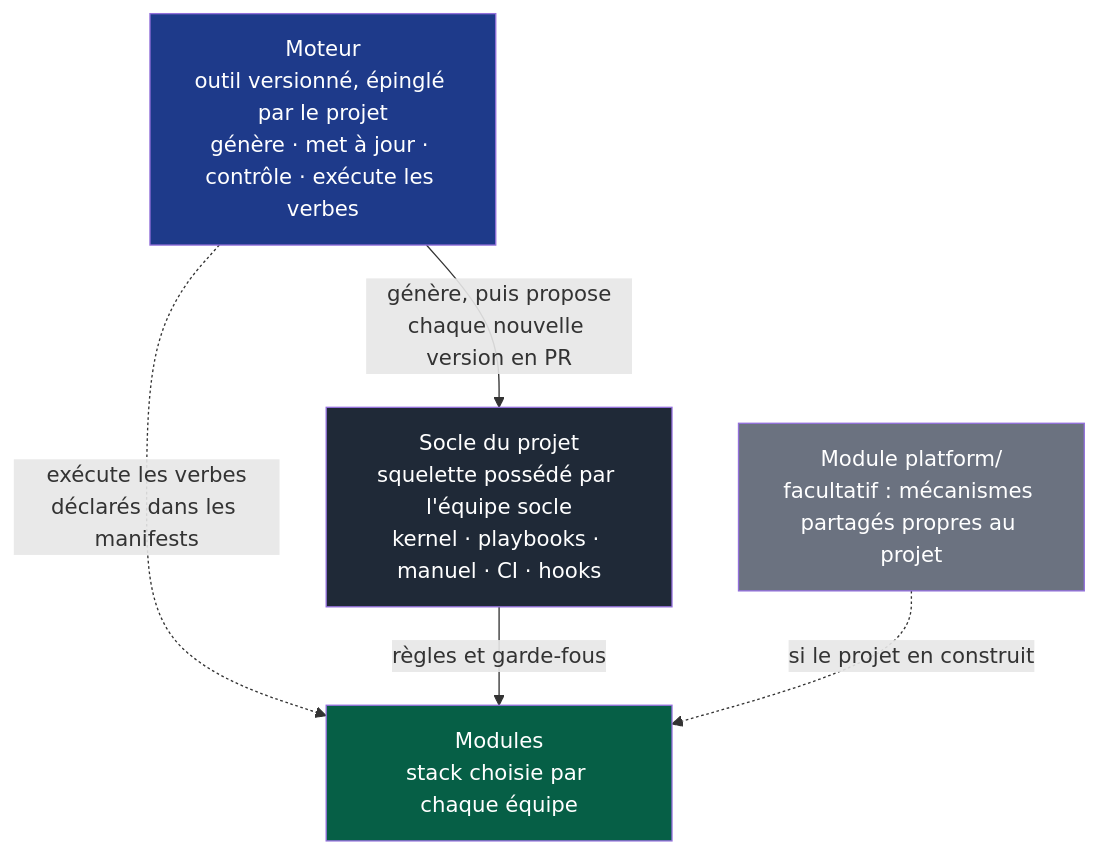
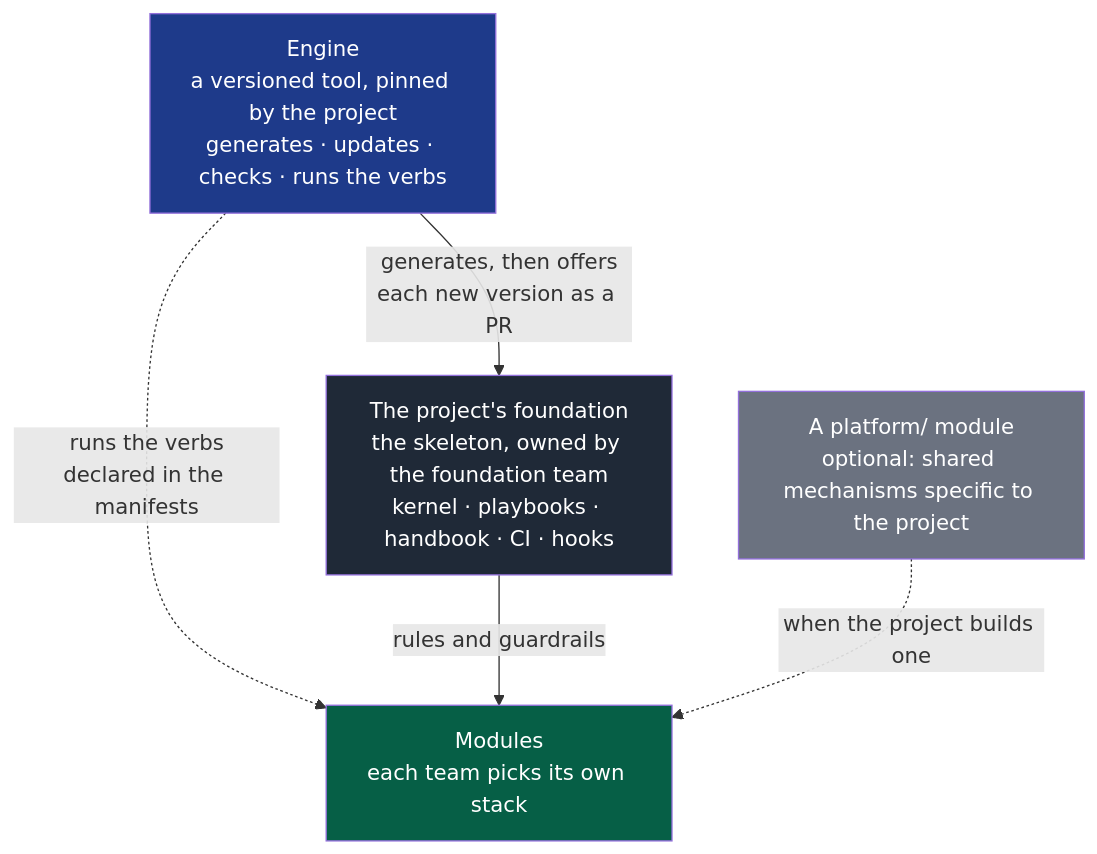
The first of 2 diagrams in skeleton/docs/os/09-platform.md (NapkinStack/engineering-os), drawn with Mermaid before and after one commit. The commit also changed other lines of this file, not shown here.

First line of the commit message:
M7b — Translate the platform chapter

````diff
--- a/skeleton/docs/os/09-platform.md
+++ b/skeleton/docs/os/09-platform.md
@@ -17,17 +17,17 @@
 ```mermaid
 flowchart TB
-    M["Moteur<br/>outil versionné, épinglé par le projet<br/>génère · met à jour · contrôle · exécute les verbes"]:::moteur
-    S["Socle du projet<br/>squelette possédé par l'équipe socle<br/>kernel · playbooks · manuel · CI · hooks"]:::socle
-    P["Module platform/<br/>facultatif : mécanismes partagés propres au projet"]:::option
-    MOD["Modules<br/>stack choisie par chaque équipe"]:::module
+    M["Engine<br/>a versioned tool, pinned by the project<br/>generates · updates · checks · runs the verbs"]:::engine
+    S["The project's foundation<br/>the skeleton, owned by the foundation team<br/>kernel · playbooks · handbook · CI · hooks"]:::foundation
+    P["A platform/ module<br/>optional: shared mechanisms specific to the project"]:::optional
+    MOD["Modules<br/>each team picks its own stack"]:::module
 
-    M -->|"génère, puis propose<br/>chaque nouvelle version en PR"| S
-    M -.->|"exécute les verbes<br/>déclarés dans les manifests"| MOD
-    S -->|"règles et garde-fous"| MOD
-    P -.->|"si le projet en construit"| MOD
+    M -->|"generates, then offers<br/>each new version as a PR"| S
+    M -.->|"runs the verbs<br/>declared in the manifests"| MOD
+    S -->|"rules and guardrails"| MOD
+    P -.->|"when the project builds one"| MOD
 
-    classDef moteur fill:#1e3a8a,color:#fff
-    classDef socle fill:#1f2937,color:#fff
-    classDef option fill:#6b7280,color:#fff
+    classDef engine fill:#1e3a8a,color:#fff
+    classDef foundation fill:#1f2937,color:#fff
+    classDef optional fill:#6b7280,color:#fff
     classDef module fill:#065f46,color:#fff
 ```
````
